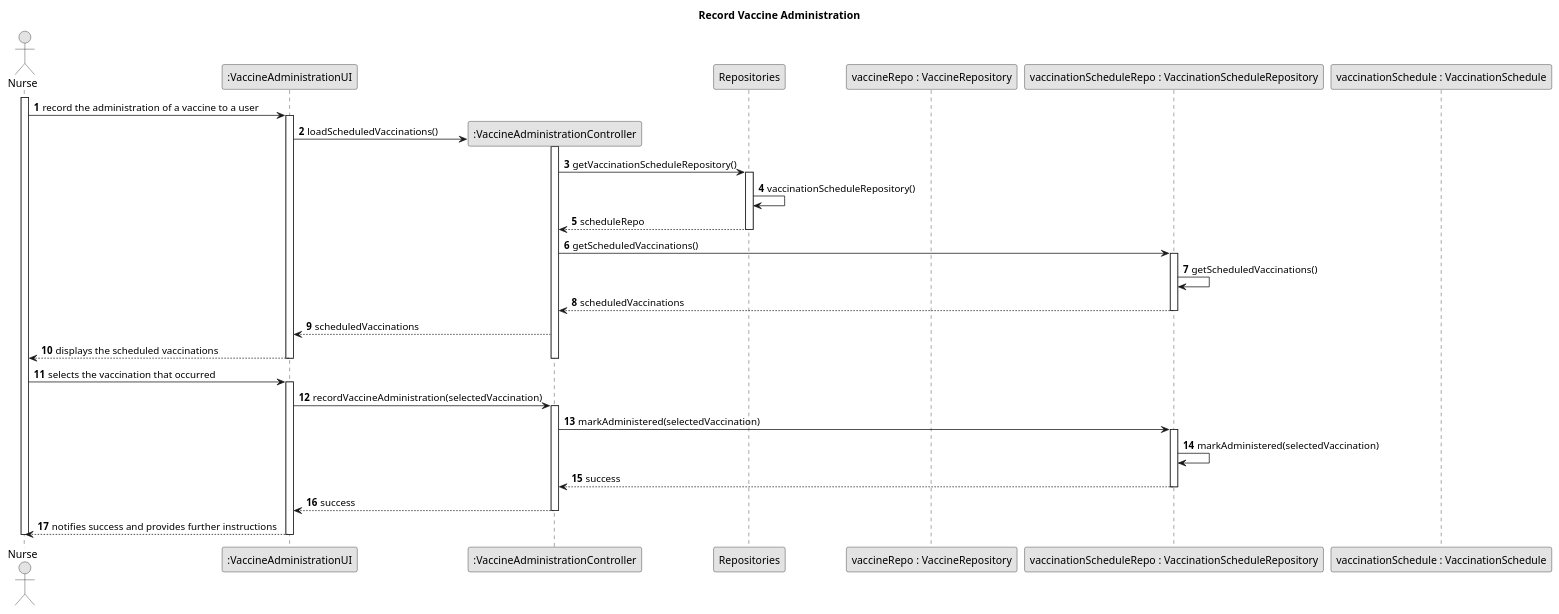
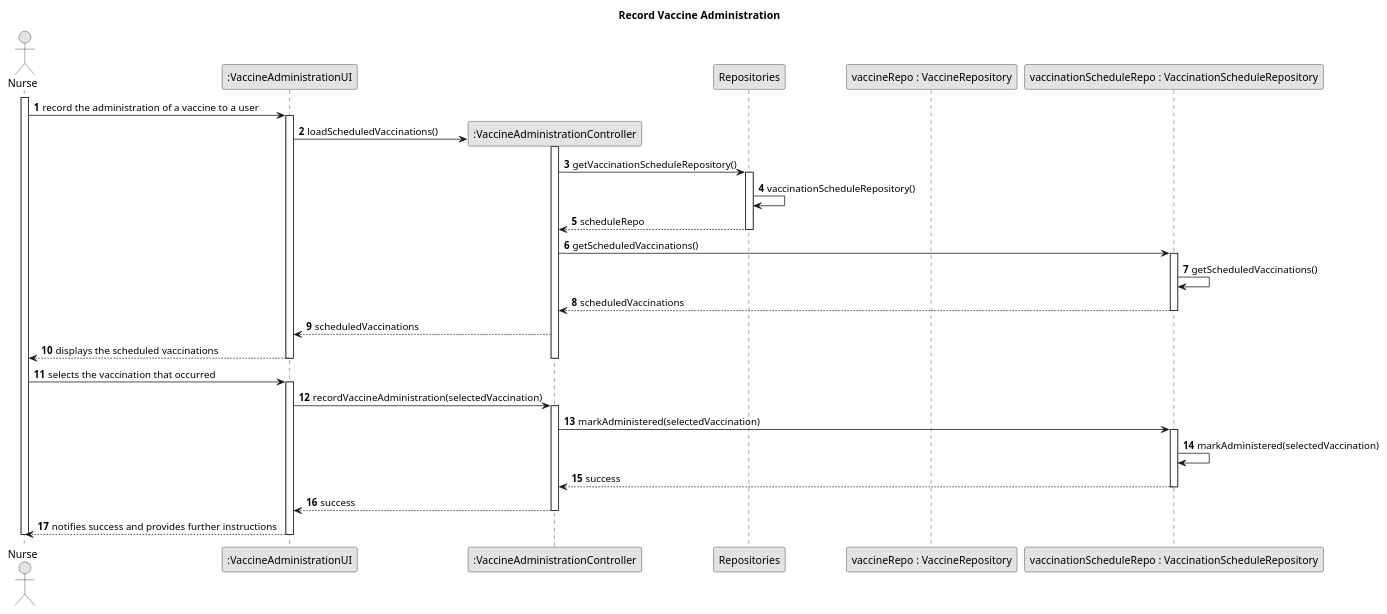
The diagram in sns-base/doc/global/use-cases/UC041/uc041-sd.puml (rafaafig/SnsTrab), drawn with PlantUML before and after one commit. The commit also changed 24 other files, not shown here.

```diff
--- a/sns-base/doc/global/use-cases/UC041/uc041-sd.puml
+++ b/sns-base/doc/global/use-cases/UC041/uc041-sd.puml
@@ -1,55 +1,54 @@
 @startuml
 skinparam monochrome true
 skinparam packageStyle rectangle
 skinparam shadowing false
 
 title Record Vaccine Administration
 
 autonumber
 
 actor Nurse
 participant ":VaccineAdministrationUI" as ui
 participant ":VaccineAdministrationController" as ctrl
 participant Repositories
 participant "vaccineRepo : VaccineRepository" as vaccineRepo
 participant "vaccinationScheduleRepo : VaccinationScheduleRepository" as scheduleRepo
-participant "vaccinationSchedule : VaccinationSchedule" as schedule
 
 activate Nurse
 
     Nurse -> ui : record the administration of a vaccine to a user
     activate ui
         ui -> ctrl** : loadScheduledVaccinations()
         activate ctrl
             ctrl -> Repositories : getVaccinationScheduleRepository()
             activate Repositories
                 Repositories -> Repositories : vaccinationScheduleRepository()
                 Repositories --> ctrl : scheduleRepo
             deactivate Repositories
             ctrl -> scheduleRepo : getScheduledVaccinations()
             activate scheduleRepo
                 scheduleRepo -> scheduleRepo : getScheduledVaccinations()
                 scheduleRepo --> ctrl : scheduledVaccinations
             deactivate scheduleRepo
             ctrl --> ui : scheduledVaccinations
             ui --> Nurse : displays the scheduled vaccinations
         deactivate ctrl
     deactivate ui
 
     Nurse -> ui : selects the vaccination that occurred
     activate ui
         ui -> ctrl : recordVaccineAdministration(selectedVaccination)
         activate ctrl
             ctrl -> scheduleRepo : markAdministered(selectedVaccination)
             activate scheduleRepo
                 scheduleRepo -> scheduleRepo : markAdministered(selectedVaccination)
                 scheduleRepo --> ctrl : success
             deactivate scheduleRepo
             ctrl --> ui : success
         deactivate ctrl
         ui --> Nurse : notifies success and provides further instructions
     deactivate ui
 
 deactivate Nurse
 
 @enduml
```
